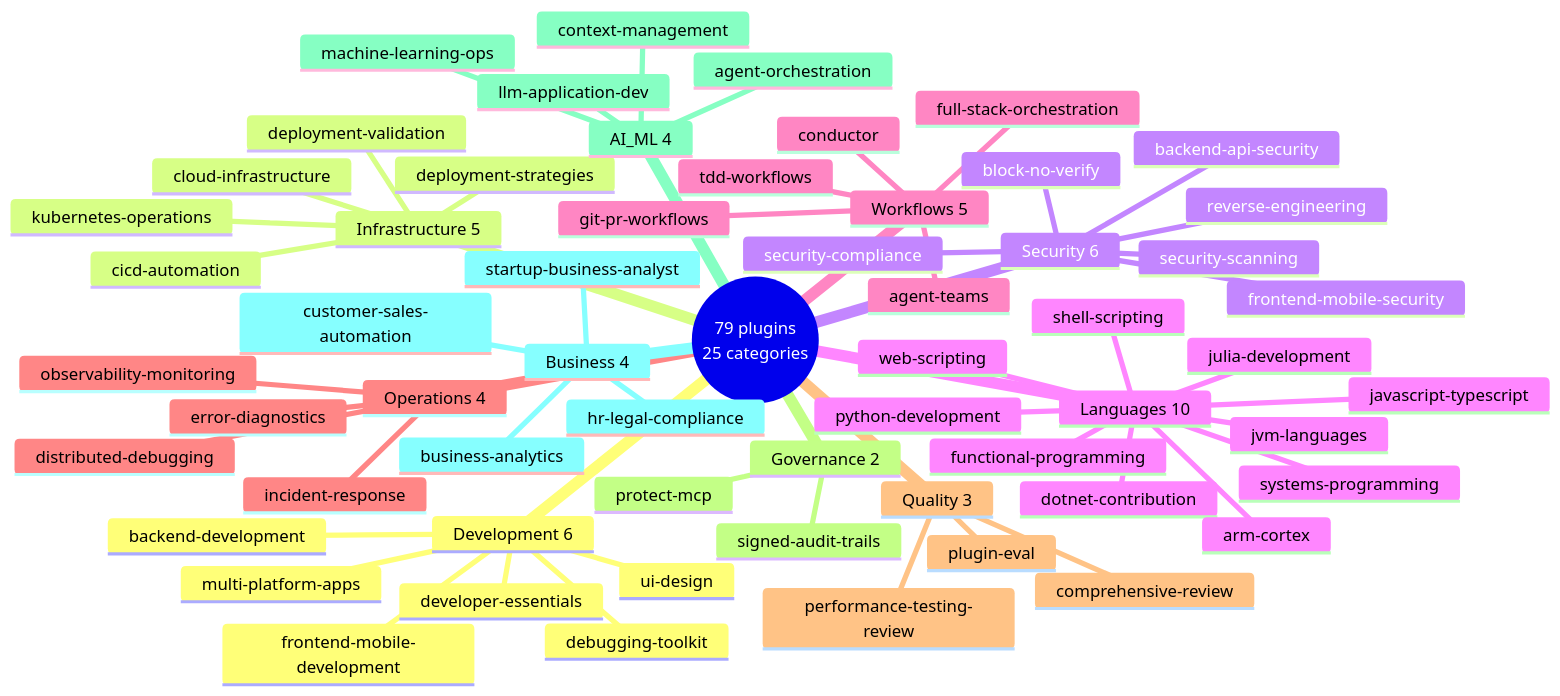
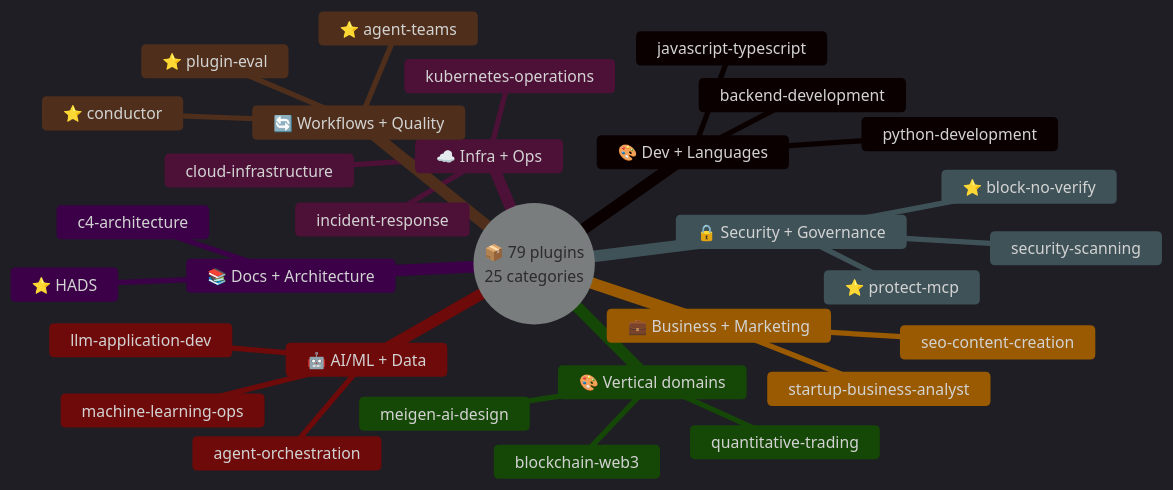
One commit to heyuan110/heyuan110.github.io changed the second of 3 diagrams in content/posts/ai/2026-04-20-wshobson-agents-deep-dive/index.md. Above: the diagram before and after it, drawn with Mermaid. The commit also changed other lines of this file and 1 other file, not shown here.

Commit message:
美化 wshobson 文章配图：mindmap 精简节点、Tier 图补齐布局
- mindmap：每类只列 2-3 个代表性 plugin，避免 60+ 节点导致的布局错乱；
  配深色主题变量、emoji 分类、⭐ 高亮独家组件
- Tier 成本模型：flowchart LR 改为 TB 分层，每个 Tier 补齐到 4 个 Agent 保持视觉平衡；
  subgraph 标题内联价格+角色描述，省去外部箭头标签

````diff
--- a/content/posts/ai/2026-04-20-wshobson-agents-deep-dive/index.md
+++ b/content/posts/ai/2026-04-20-wshobson-agents-deep-dive/index.md
@@ -92,63 +92,35 @@
 ```mermaid
+%%{init: {"theme":"dark","themeVariables":{"fontSize":"15px","fontFamily":"ui-sans-serif,system-ui","lineColor":"#60a5fa"}}}%%
 mindmap
-  root((79 plugins<br/>25 categories))
-    Development 6
-      debugging-toolkit
-      backend-development
-      frontend-mobile-development
-      multi-platform-apps
-      ui-design
-      developer-essentials
-    Infrastructure 5
-      cloud-infrastructure
-      kubernetes-operations
-      cicd-automation
-      deployment-strategies
-      deployment-validation
-    Security 6
-      security-scanning
-      security-compliance
-      backend-api-security
-      frontend-mobile-security
-      reverse-engineering
-      block-no-verify
-    Languages 10
+  root((📦 79 plugins<br/>25 categories))
+    🎨 Dev + Languages
       python-development
       javascript-typescript
-      systems-programming
-      jvm-languages
-      web-scripting
-      functional-programming
-      julia-development
-      shell-scripting
-      dotnet-contribution
-      arm-cortex
-    Workflows 5
-      conductor
-      full-stack-orchestration
-      tdd-workflows
-      git-pr-workflows
-      agent-teams
-    Operations 4
+      backend-development
+    ☁️ Infra + Ops
+      kubernetes-operations
+      cloud-infrastructure
       incident-response
-      error-diagnostics
-      distributed-debugging
-      observability-monitoring
-    Quality 3
-      comprehensive-review
-      performance-testing-review
-      plugin-eval
-    Governance 2
-      protect-mcp
-      signed-audit-trails
-    AI_ML 4
+    🔒 Security + Governance
+      security-scanning
+      ⭐ protect-mcp
+      ⭐ block-no-verify
+    🔄 Workflows + Quality
+      ⭐ conductor
+      ⭐ agent-teams
+      ⭐ plugin-eval
+    🤖 AI/ML + Data
       llm-application-dev
       agent-orchestration
-      context-management
       machine-learning-ops
-    Business 4
-      business-analytics
+    📚 Docs + Architecture
+      c4-architecture
+      ⭐ HADS
+    💼 Business + Marketing
       startup-business-analyst
-      hr-legal-compliance
-      customer-sales-automation
+      seo-content-creation
+    🎨 Vertical domains
+      blockchain-web3
+      quantitative-trading
+      meigen-ai-design
 ```
````
